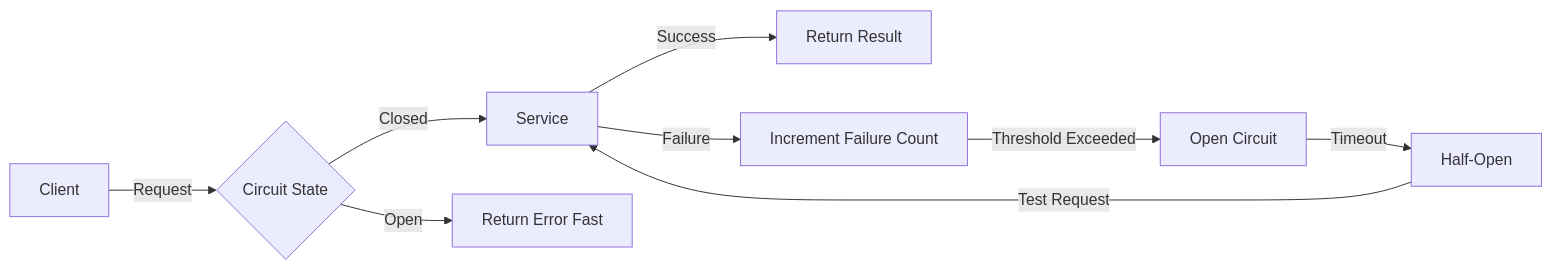
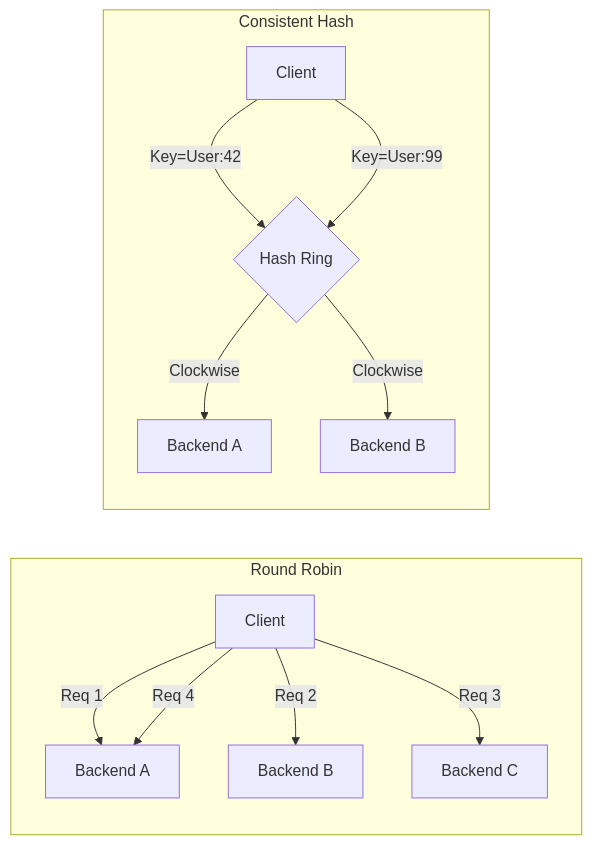
Before and after one commit to Leito2/Learning: the third of 4 diagrams in Software Engineering/02 - Go Engineering/02 - Go for Cloud Native/04 - Service Discovery and Load Balancing.md, drawn with Mermaid. The commit also changed other lines of this file and 41 other files, not shown here.

````diff
--- a/Software Engineering/02 - Go Engineering/02 - Go for Cloud Native/04 - Service Discovery and Load Balancing.md
+++ b/Software Engineering/02 - Go Engineering/02 - Go for Cloud Native/04 - Service Discovery and Load Balancing.md
@@ -76,11 +514,15 @@
 ```mermaid
 graph LR
-    A[Client] -->|Request| B{Circuit State}
-    B -->|Closed| C[Service]
-    C -->|Success| D[Return Result]
-    C -->|Failure| E[Increment Failure Count]
-    E -->|Threshold Exceeded| F[Open Circuit]
-    B -->|Open| G[Return Error Fast]
-    F -->|Timeout| H[Half-Open]
-    H -->|Test Request| C
+	subgraph "Round Robin"
+		C1[Client] -->|Req 1| A[Backend A]
+		C1 -->|Req 2| B[Backend B]
+		C1 -->|Req 3| C[Backend C]
+		C1 -->|Req 4| A
+	end
+	subgraph "Consistent Hash"
+		C2[Client] -->|Key=User:42| H{Hash Ring}
+		H -->|Clockwise| A2[Backend A]
+		C2 -->|Key=User:99| H
+		H -->|Clockwise| B2[Backend B]
+	end
 ```
````
